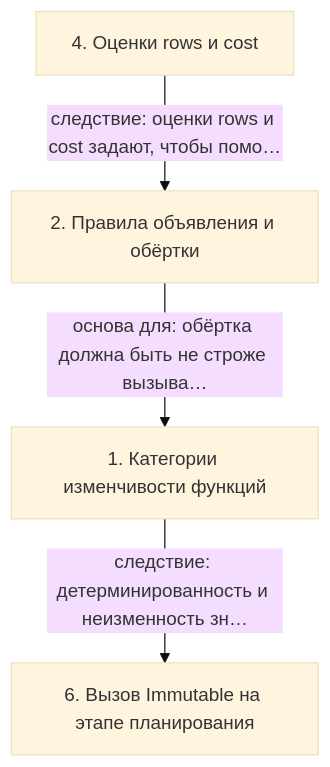
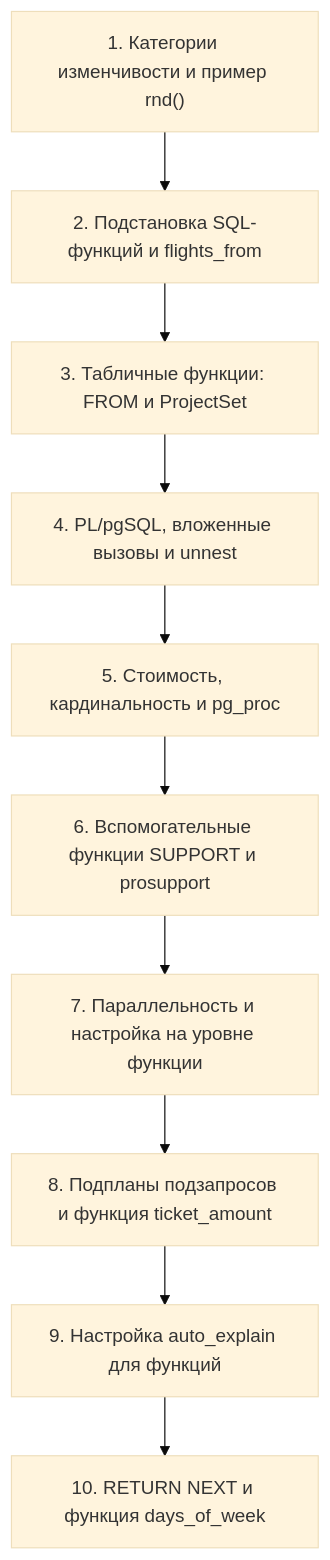
Before and after one commit to AsoloCode/notes: the diagram in postgres-qpt/16 - QPT-16. 15. Функции/notes.md, drawn with Mermaid (base theme). The commit also changed other lines of this file and 503 other files, not shown here.

First line of the commit message:
Обновить конспекты PostgreSQL (QPT-16, DEV1-16): слайды, схемы, факт-чек

````diff
--- a/postgres-qpt/16 - QPT-16. 15. Функции/notes.md
+++ b/postgres-qpt/16 - QPT-16. 15. Функции/notes.md
@@ -78,10 +596,22 @@
 ```mermaid
 flowchart TD
-    n1["1. Категории изменчивости функций"]
-    n2["2. Правила объявления и обёртки"]
-    n4["4. Оценки rows и cost"]
-    n6["6. Вызов Immutable на этапе планирования"]
-    n2 -->|основа для: обёртка должна быть не строже вызыва…| n1
-    n4 -->|следствие: оценки rows и cost задают, чтобы помо…| n2
-    n1 -->|следствие: детерминированность и неизменность зн…| n6
+    n1["1. Категории изменчивости и пример rnd()"]
+    n2["2. Подстановка SQL-функций и flights_from"]
+    n3["3. Табличные функции: FROM и ProjectSet"]
+    n4["4. PL/pgSQL, вложенные вызовы и unnest"]
+    n5["5. Стоимость, кардинальность и pg_proc"]
+    n6["6. Вспомогательные функции SUPPORT и prosupport"]
+    n7["7. Параллельность и настройка на уровне функции"]
+    n8["8. Подпланы подзапросов и функция ticket_amount"]
+    n9["9. Настройка auto_explain для функций"]
+    n10["10. RETURN NEXT и функция days_of_week"]
+    n1 --> n2
+    n2 --> n3
+    n3 --> n4
+    n4 --> n5
+    n5 --> n6
+    n6 --> n7
+    n7 --> n8
+    n8 --> n9
+    n9 --> n10
 ```
````
